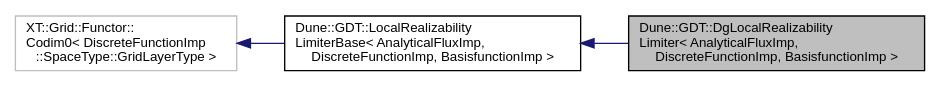
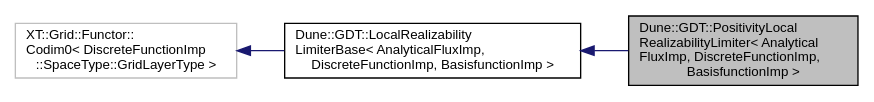
The diagram in docs/dune-gdt/''/a01931.dot (dune-community/dune-community.github.io), drawn with Graphviz before and after one commit. The commit also changed 2519 other files, not shown here.

Commit message:
Updated documentation for dune-gdt ''

```diff
--- a/docs/dune-gdt/''/a01931.dot
+++ b/docs/dune-gdt/''/a01931.dot
@@ -1,11 +1,11 @@
-digraph "Dune::GDT::DgLocalRealizabilityLimiter&lt; AnalyticalFluxImp, DiscreteFunctionImp, BasisfunctionImp &gt;"
+digraph "Dune::GDT::PositivityLocalRealizabilityLimiter&lt; AnalyticalFluxImp, DiscreteFunctionImp, BasisfunctionImp &gt;"
 {
   edge [fontname="Helvetica",fontsize="10",labelfontname="Helvetica",labelfontsize="10"];
   node [fontname="Helvetica",fontsize="10",shape=record];
   rankdir="LR";
-  Node0 [label="Dune::GDT::DgLocalRealizability\lLimiter\< AnalyticalFluxImp,\l DiscreteFunctionImp, BasisfunctionImp \>",height=0.2,width=0.4,color="black", fillcolor="grey75", style="filled", fontcolor="black"];
+  Node0 [label="Dune::GDT::PositivityLocal\lRealizabilityLimiter\< Analytical\lFluxImp, DiscreteFunctionImp,\l BasisfunctionImp \>",height=0.2,width=0.4,color="black", fillcolor="grey75", style="filled", fontcolor="black"];
   Node1 -> Node0 [dir="back",color="midnightblue",fontsize="10",style="solid",fontname="Helvetica"];
-  Node1 [label="Dune::GDT::LocalRealizability\lLimiterBase\< AnalyticalFluxImp,\l DiscreteFunctionImp, BasisfunctionImp \>",height=0.2,width=0.4,color="black", fillcolor="white", style="filled",URL="$a01920.html"];
+  Node1 [label="Dune::GDT::LocalRealizability\lLimiterBase\< AnalyticalFluxImp,\l DiscreteFunctionImp, BasisfunctionImp \>",height=0.2,width=0.4,color="black", fillcolor="white", style="filled",URL="$a01924.html"];
   Node2 -> Node1 [dir="back",color="midnightblue",fontsize="10",style="solid",fontname="Helvetica"];
   Node2 [label="XT::Grid::Functor::\lCodim0\< DiscreteFunctionImp\l::SpaceType::GridLayerType \>",height=0.2,width=0.4,color="grey75", fillcolor="white", style="filled"];
 }
```
